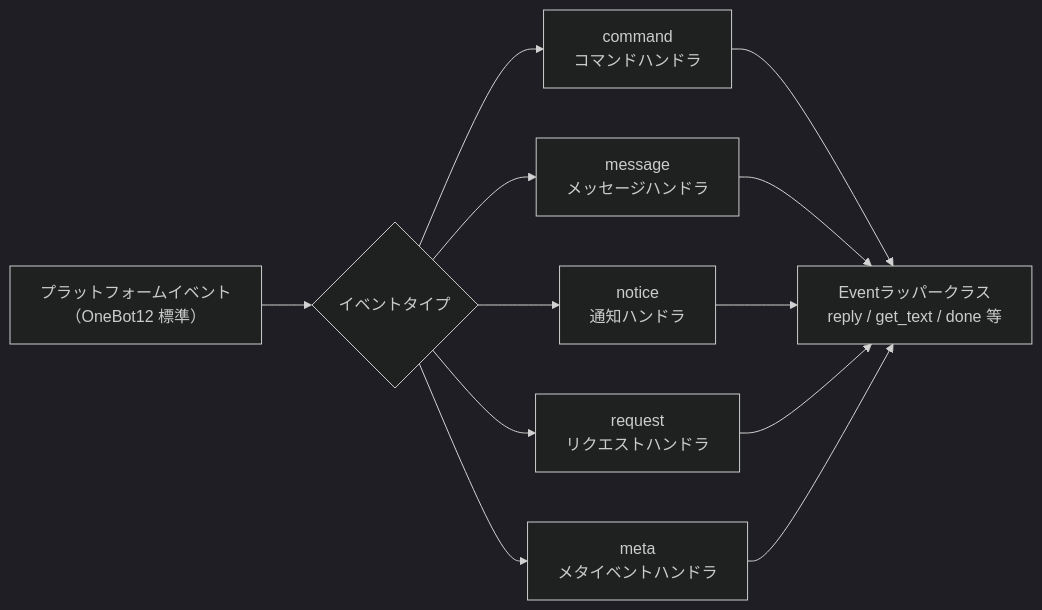
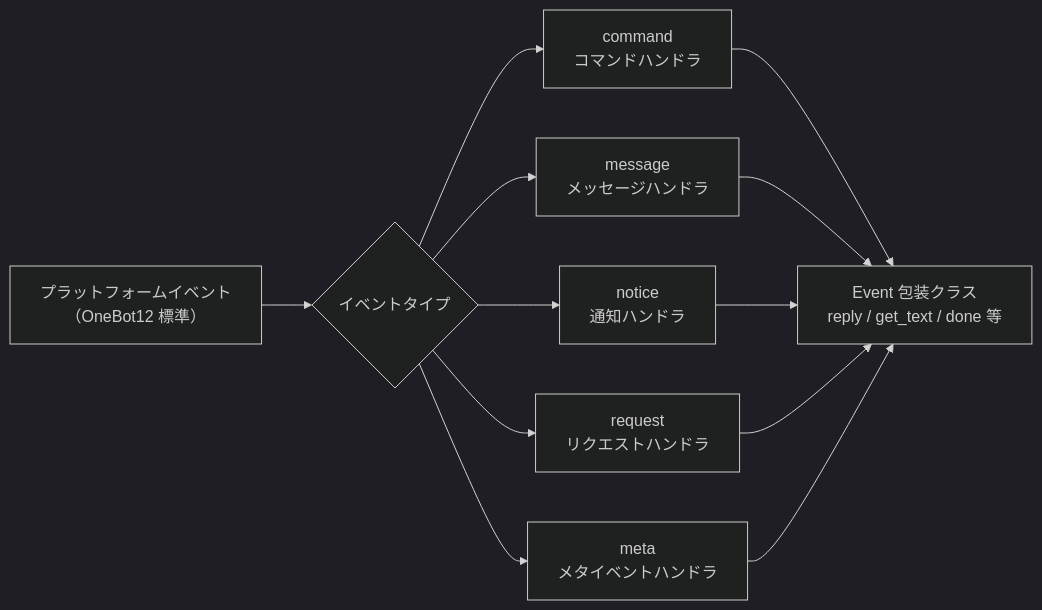
One commit to ErisPulse/ErisPulse changed the diagram in docs/ja/api-reference/event-system.md. Above: the diagram before and after it, drawn with Mermaid (dark theme). The commit also changed other lines of this file and 23 other files, not shown here.

````diff
--- a/docs/ja/api-reference/event-system.md
+++ b/docs/ja/api-reference/event-system.md
@@ -7,10 +7,10 @@
 ```mermaid
 flowchart LR
     A["プラットフォームイベント<br/>（OneBot12 標準）"] --> B{"イベントタイプ"}
     B --> C["command<br/>コマンドハンドラ"]
     B --> D["message<br/>メッセージハンドラ"]
     B --> E["notice<br/>通知ハンドラ"]
     B --> F["request<br/>リクエストハンドラ"]
     B --> G["meta<br/>メタイベントハンドラ"]
-    C & D & E & F & G --> H["Eventラッパークラス<br/>reply / get_text / done 等"]
+    C & D & E & F & G --> H["Event 包装クラス<br/>reply / get_text / done 等"]
 ```
````
